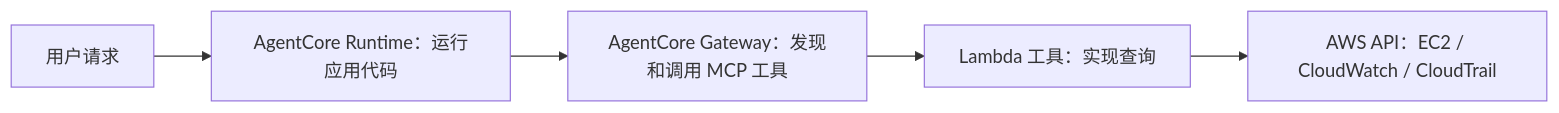
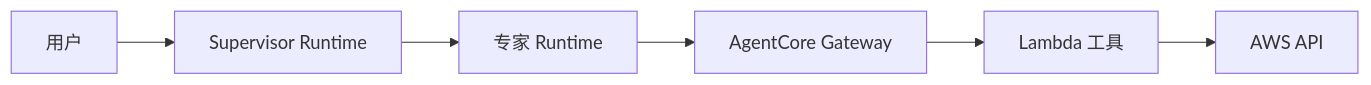
The diagram in README.md (zjinsong/China-Agentcore-Learning), drawn with Mermaid before and after one commit. The commit also changed other lines of this file and 45 other files, not shown here.

````diff
--- a/README.md
+++ b/README.md
@@ -17,7 +17,8 @@
 ```mermaid
 flowchart LR
-    U[用户请求] --> R[AgentCore Runtime：运行应用代码]
-    R --> G[AgentCore Gateway：发现和调用 MCP 工具]
-    G --> L[Lambda 工具：实现查询]
-    L --> A[AWS API：EC2 / CloudWatch / CloudTrail]
+    U[用户] --> S[Supervisor Runtime]
+    S --> E[专家 Runtime]
+    E --> G[AgentCore Gateway]
+    G --> L[Lambda 工具]
+    L --> A[AWS API]
 ```
````
